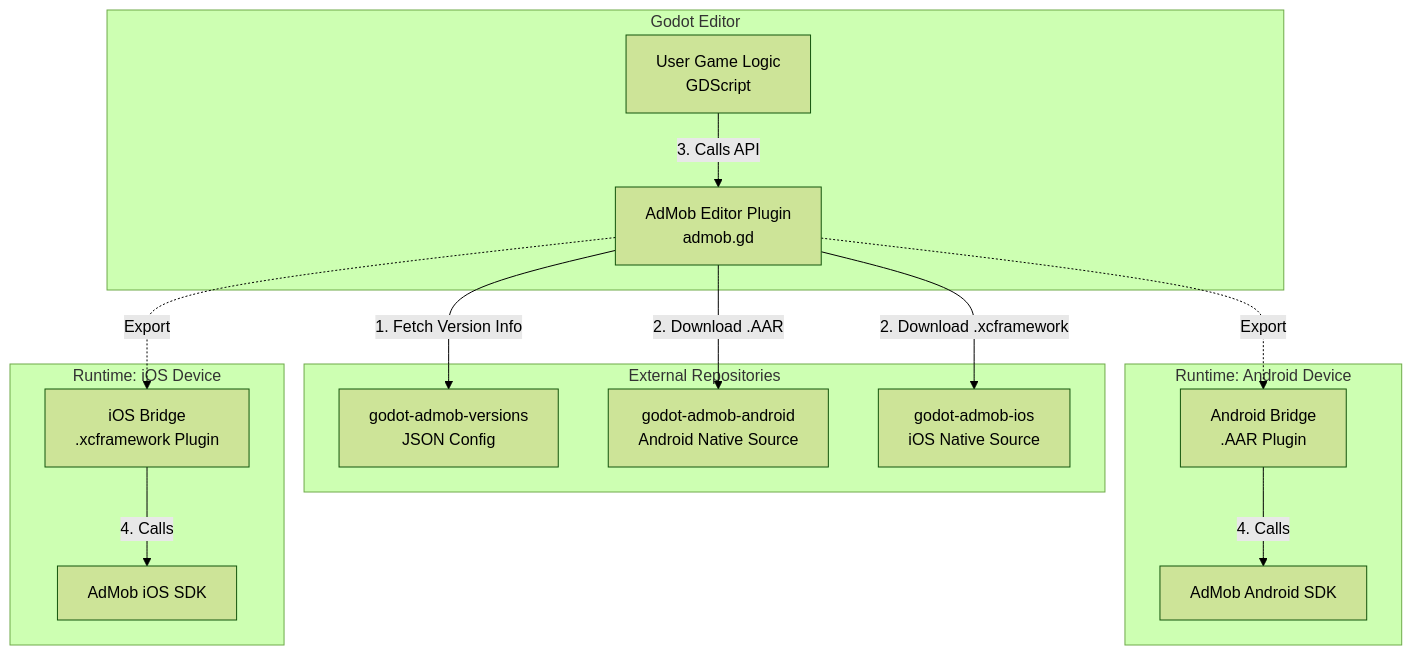
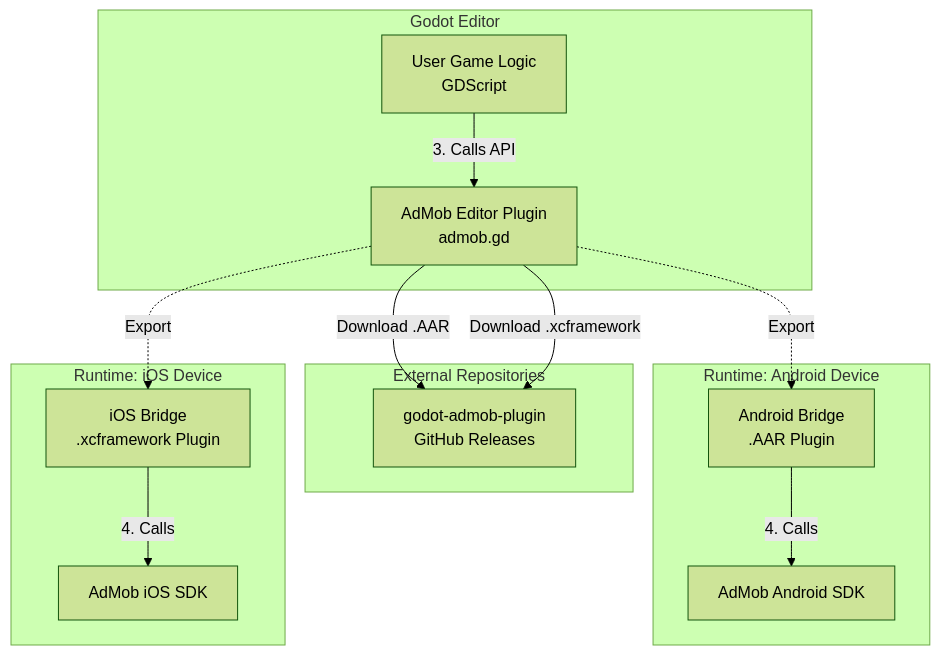
Before and after one commit to poingstudios/godot-admob-plugin: the diagram in platforms/godot_editor/addons/admob/docs/architecture/general.md, drawn with Mermaid (forest theme). The commit also changed 7 other files, not shown here.

Commit message:
docs: remove obsolete references to godot-admob-versions

````diff
--- a/platforms/godot_editor/addons/admob/docs/architecture/general.md
+++ b/platforms/godot_editor/addons/admob/docs/architecture/general.md
@@ -9,38 +9,35 @@
 ```mermaid
 graph TD
 	subgraph External [External Repositories]
-		Versions[godot-admob-versions<br/>JSON Config]
-		RepoAndroid[godot-admob-android<br/>Android Native Source]
-		RepoiOS[godot-admob-ios<br/>iOS Native Source]
+		Monorepo[godot-admob-plugin<br/>GitHub Releases]
 	end
 
 	subgraph Editor [Godot Editor]
 		UserLogic[User Game Logic<br/>GDScript]
 		Plugin[AdMob Editor Plugin<br/>admob.gd]
 	end
 
 	subgraph Runtime_Android [Runtime: Android Device]
 		AndroidBridge[Android Bridge<br/>.AAR Plugin]
 		AndroidSDK[AdMob Android SDK]
 	end
 
 	subgraph Runtime_iOS [Runtime: iOS Device]
 		iOSBridge[iOS Bridge<br/>.xcframework Plugin]
 		iOSSDK[AdMob iOS SDK]
 	end
 
 	%% Editor Flow
-	Plugin -- 1. Fetch Version Info --> Versions
-	Plugin -- 2. Download .AAR --> RepoAndroid
-	Plugin -- 2. Download .xcframework --> RepoiOS
+	Plugin -- Download .AAR --> Monorepo
+	Plugin -- Download .xcframework --> Monorepo
 	
 	%% Game Logic Flow
 	UserLogic -- 3. Calls API --> Plugin
 	
 	%% Export/Runtime Flow
 	Plugin -.->|Export| AndroidBridge
 	Plugin -.->|Export| iOSBridge
 	
 	AndroidBridge -- 4. Calls --> AndroidSDK
 	iOSBridge -- 4. Calls --> iOSSDK
 ```
````
